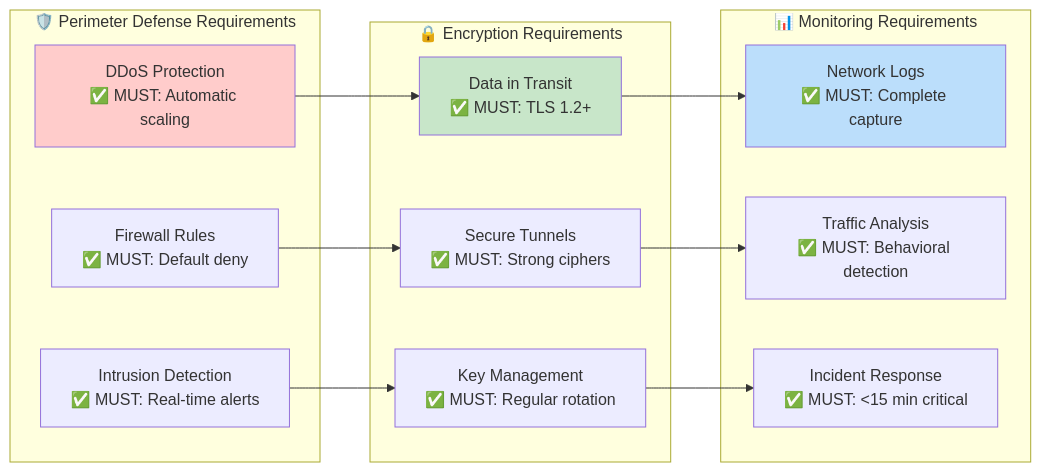
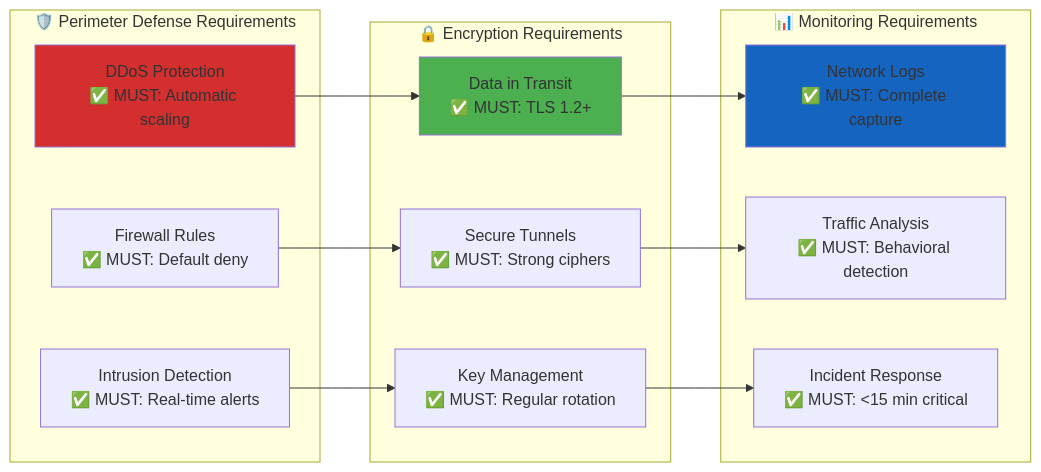
The second of 7 diagrams in Network_Security_Policy.md (Hack23/ISMS-PUBLIC), drawn with Mermaid before and after one commit. The commit also changed other lines of this file and 35 other files, not shown here.

````diff
--- a/Network_Security_Policy.md
+++ b/Network_Security_Policy.md
@@ -133,32 +133,32 @@
 ```mermaid
 graph LR
     subgraph "🛡️ Perimeter Defense Requirements"
         DDOS[DDoS Protection<br/>✅ MUST: Automatic scaling]
         FIREWALL[Firewall Rules<br/>✅ MUST: Default deny]
         INTRUSION[Intrusion Detection<br/>✅ MUST: Real-time alerts]
     end
     
     subgraph "🔒 Encryption Requirements"
         TRANSIT[Data in Transit<br/>✅ MUST: TLS 1.2+]
         VPN[Secure Tunnels<br/>✅ MUST: Strong ciphers]
         KEYS[Key Management<br/>✅ MUST: Regular rotation]
     end
     
     subgraph "📊 Monitoring Requirements"
         LOGS[Network Logs<br/>✅ MUST: Complete capture]
         ANALYSIS[Traffic Analysis<br/>✅ MUST: Behavioral detection]
         RESPONSE[Incident Response<br/>✅ MUST: <15 min critical]
     end
     
     DDOS --> TRANSIT
     FIREWALL --> VPN
     INTRUSION --> KEYS
     
     TRANSIT --> LOGS
     VPN --> ANALYSIS
     KEYS --> RESPONSE
     
-    style DDOS fill:#ffcccb
-    style TRANSIT fill:#c8e6c9
-    style LOGS fill:#bbdefb
+    style DDOS fill:#D32F2F
+    style TRANSIT fill:#4CAF50
+    style LOGS fill:#1565C0
 ```
````
